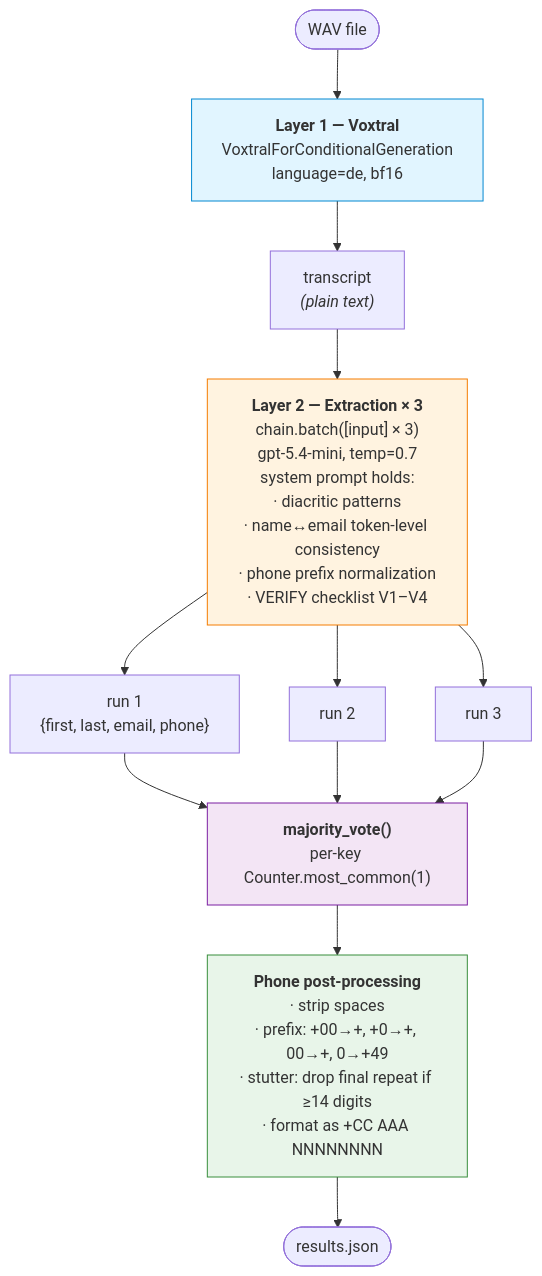
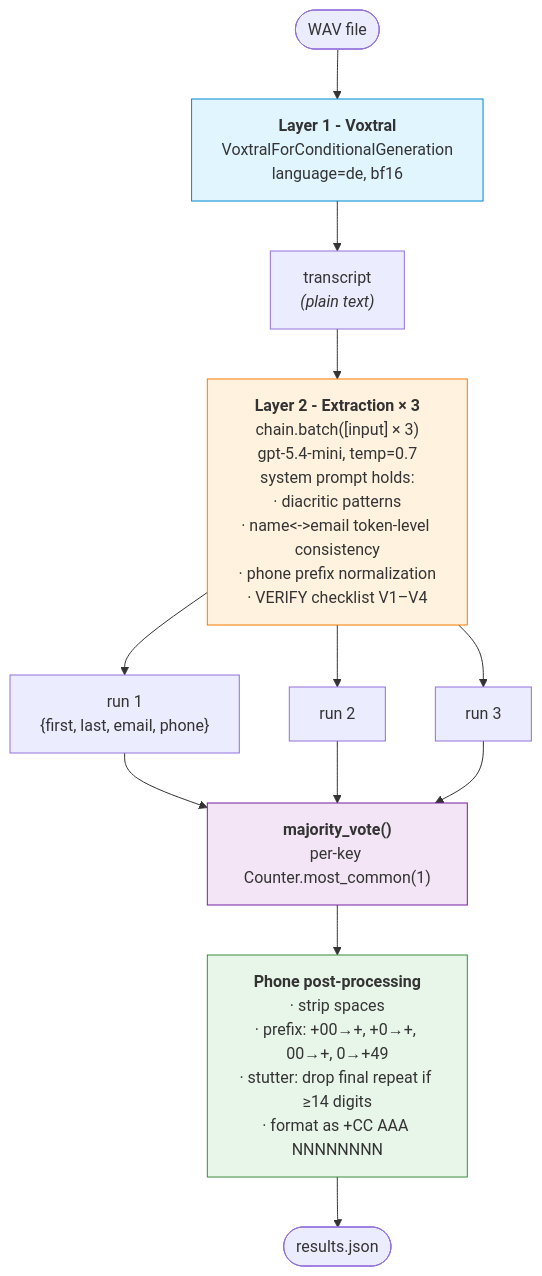
The first of 2 diagrams in architecture.md (melih-unsal/phone_challange), drawn with Mermaid before and after one commit. The commit also changed other lines of this file and 18 other files, not shown here.

````diff
--- a/architecture.md
+++ b/architecture.md
@@ -7,17 +7,17 @@
 ```mermaid
 flowchart TD
-    A([WAV file]) --> B["<b>Layer 1 — Voxtral</b><br/>VoxtralForConditionalGeneration<br/>language=de, bf16"]
+    A([WAV file]) --> B["<b>Layer 1 - Voxtral</b><br/>VoxtralForConditionalGeneration<br/>language=de, bf16"]
     B --> T["transcript<br/><i>(plain text)</i>"]
-    T --> X["<b>Layer 2 — Extraction × 3</b><br/>chain.batch([input] × 3)<br/>gpt-5.4-mini, temp=0.7<br/>system prompt holds:<br/>· diacritic patterns<br/>· name↔email token-level consistency<br/>· phone prefix normalization<br/>· VERIFY checklist V1–V4"]
+    T --> X["<b>Layer 2 - Extraction × 3</b><br/>chain.batch([input] × 3)<br/>gpt-5.4-mini, temp=0.7<br/>system prompt holds:<br/>· diacritic patterns<br/>· name<->email token-level consistency<br/>· phone prefix normalization<br/>· VERIFY checklist V1–V4"]
     X --> R1["run 1<br/>{first, last, email, phone}"]
     X --> R2["run 2"]
     X --> R3["run 3"]
     R1 & R2 & R3 --> M["<b>majority_vote()</b><br/>per-key Counter.most_common(1)"]
     M --> P["<b>Phone post-processing</b><br/>· strip spaces<br/>· prefix: +00→+, +0→+, 00→+, 0→+49<br/>· stutter: drop final repeat if ≥14 digits<br/>· format as +CC AAA NNNNNNNN"]
     P --> O([results.json])
 
     style B fill:#e1f5ff,stroke:#0288d1
     style X fill:#fff3e0,stroke:#f57c00
     style M fill:#f3e5f5,stroke:#7b1fa2
     style P fill:#e8f5e9,stroke:#388e3c
 ```
````
